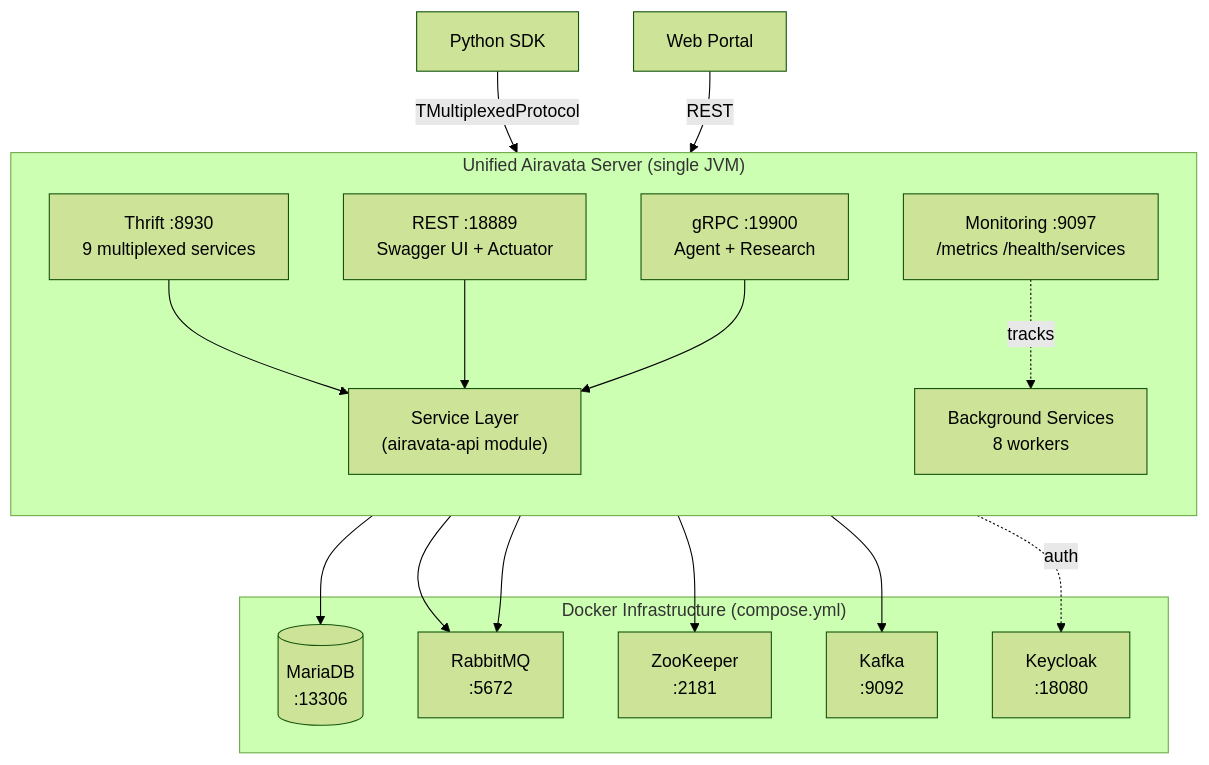
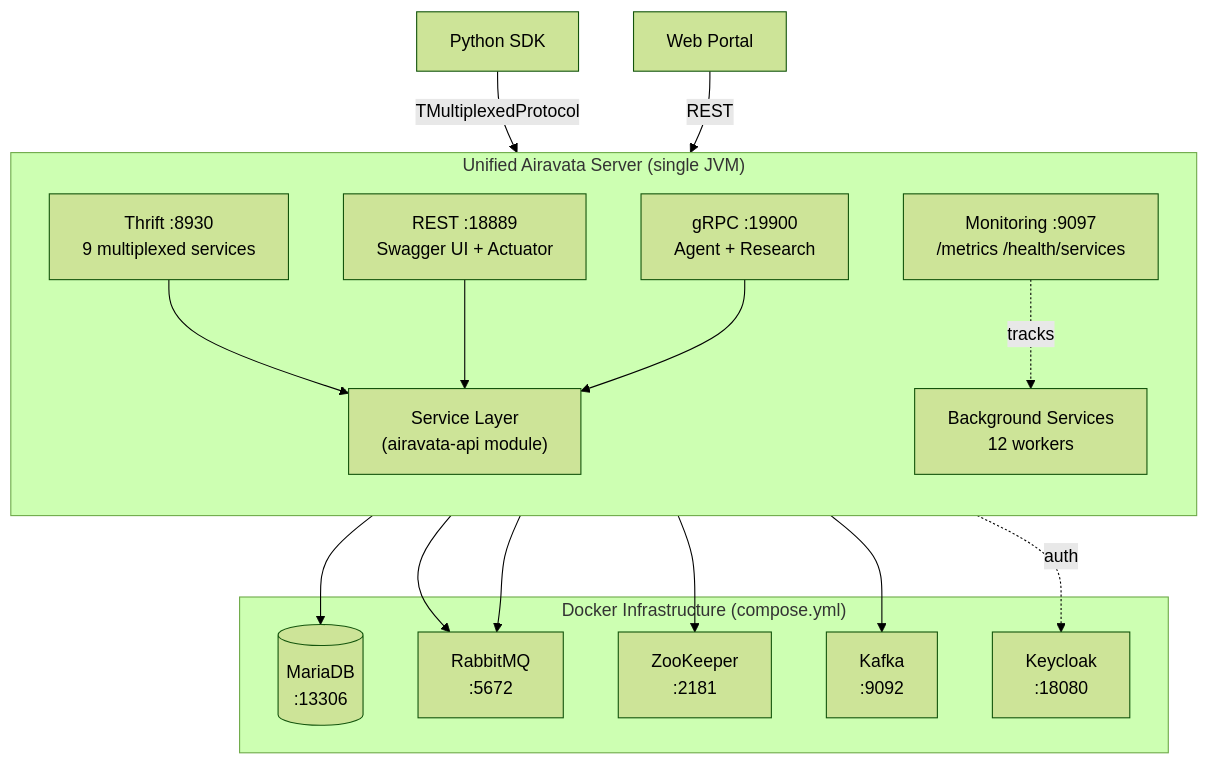
The first of 3 diagrams in README.md (apache/airavata), drawn with Mermaid (forest theme) before and after one commit. The commit also changed 3 other files, not shown here.

````diff
--- a/README.md
+++ b/README.md
@@ -60,33 +60,33 @@
 ```mermaid
 graph TB
     subgraph "Docker Infrastructure (compose.yml)"
         DB[(MariaDB<br/>:13306)]
         RMQ[RabbitMQ<br/>:5672]
         ZK[ZooKeeper<br/>:2181]
         KFK[Kafka<br/>:9092]
         KC[Keycloak<br/>:18080]
     end
 
     subgraph "Unified Airavata Server (single JVM)"
         direction TB
         MUX["Thrift :8930<br/>9 multiplexed services"]
         REST["REST :18889<br/>Swagger UI + Actuator"]
         GRPC["gRPC :19900<br/>Agent + Research"]
         SVC["Service Layer<br/>(airavata-api module)"]
-        BG["Background Services<br/>8 workers"]
+        BG["Background Services<br/>12 workers"]
         MON["Monitoring :9097<br/>/metrics /health/services"]
     end
 
     SDK[Python SDK] -->|TMultiplexedProtocol| MUX
     Portal[Web Portal] -->|REST| REST
     MUX --> SVC
     REST --> SVC
     GRPC --> SVC
     SVC --> DB
     SVC --> RMQ
     BG --> ZK
     BG --> KFK
     BG --> RMQ
     SVC -.->|auth| KC
     MON -.->|tracks| BG
 ```
````
